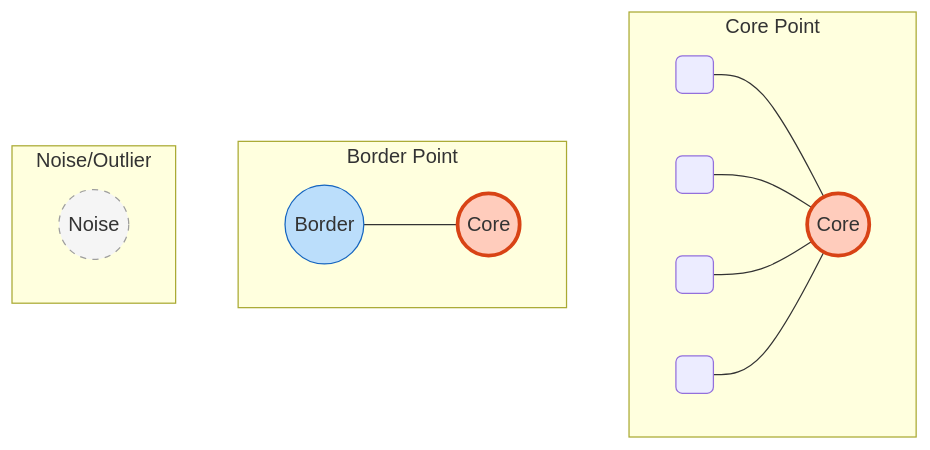
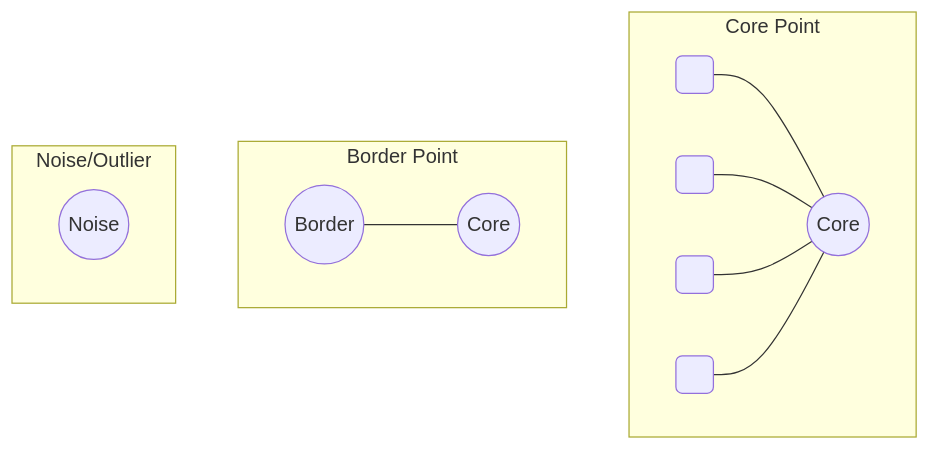
The fifth of 7 diagrams in bab-07-clustering.md (antonprafanto/dasarAI2026), drawn with Mermaid before and after one commit. The commit also changed other lines of this file and 4 other files, not shown here.

Commit message:
Fix: Remove classDef styling and fix KNN diagram labels

````diff
--- a/bab-07-clustering.md
+++ b/bab-07-clustering.md
@@ -326,24 +323,20 @@
 ```mermaid
 graph TD
     subgraph Core [Core Point]
         C((Core)):::core
         N1( ) --- C
         N2( ) --- C
         N3( ) --- C
         N4( ) --- C
     end
 
     subgraph Border [Border Point]
         B((Border)):::border
         C_Ref((Core)):::core
         B --- C_Ref
     end
 
     subgraph Noise [Noise/Outlier]
         X((Noise)):::noise
     end
-
-    classDef core fill:#ffccbc,stroke:#d84315,stroke-width:3px;
-    classDef border fill:#bbdefb,stroke:#1565c0;
-    classDef noise fill:#f5f5f5,stroke:#9e9e9e,stroke-dasharray: 5 5;
 ```
````
